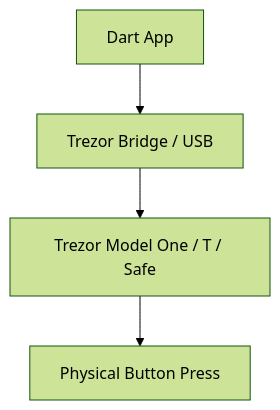
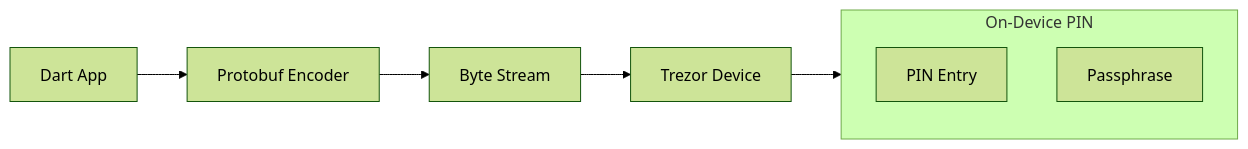
One commit to ImL1s/dart_web3 changed the diagram in dart_web3/packages/hardware/trezor/README.md. Above: the diagram before and after it, drawn with Mermaid (forest theme). The commit also changed other lines of this file and 31 other files, not shown here.

````diff
--- a/dart_web3/packages/hardware/trezor/README.md
+++ b/dart_web3/packages/hardware/trezor/README.md
@@ -14,6 +17,13 @@
 ```mermaid
-graph TD
-    App[Dart App] --> Bridge[Trezor Bridge / USB]
-    Bridge --> Device[Trezor Model One / T / Safe]
-    Device --> User[Physical Button Press]
+graph LR
+    App[Dart App] --> PB[Protobuf Encoder]
+    PB --> Buffer[Byte Stream]
+    Buffer --> Trezor[Trezor Device]
+    
+    subgraph UI [On-Device PIN]
+        PIN[PIN Entry]
+        Pass[Passphrase]
+    end
+    
+    Trezor --> UI
 ```
````
